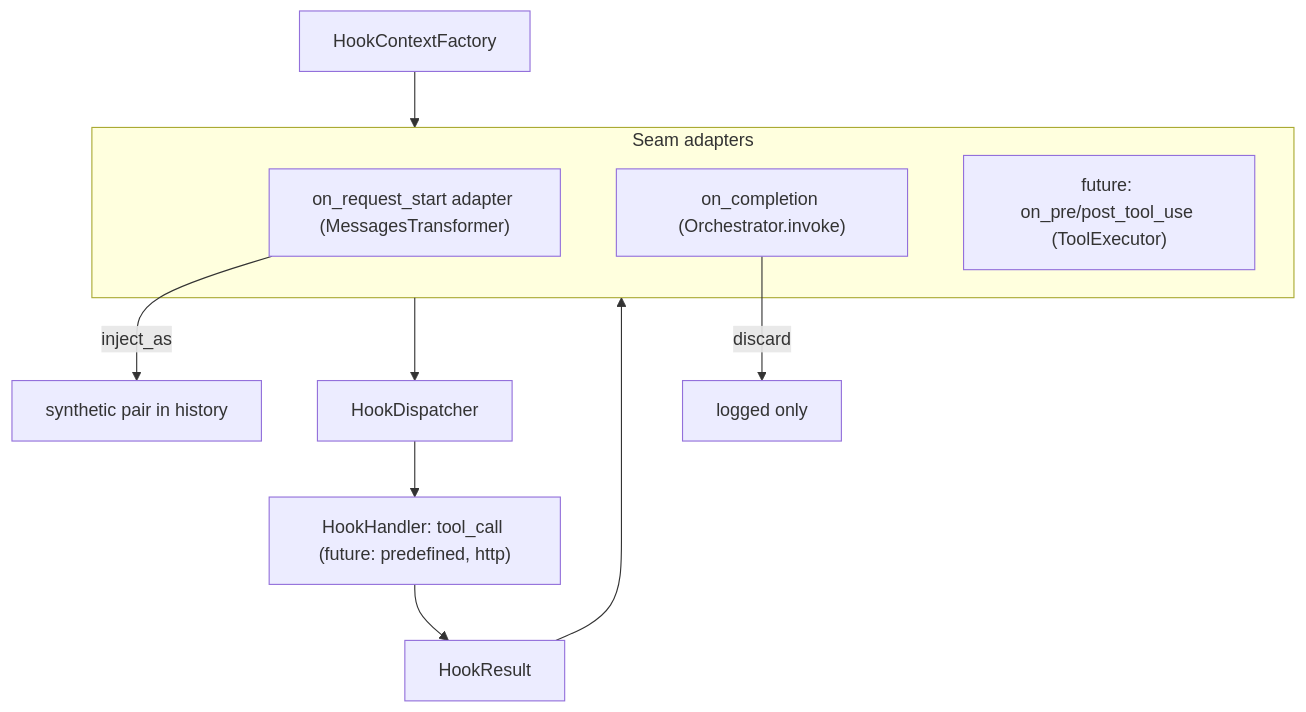
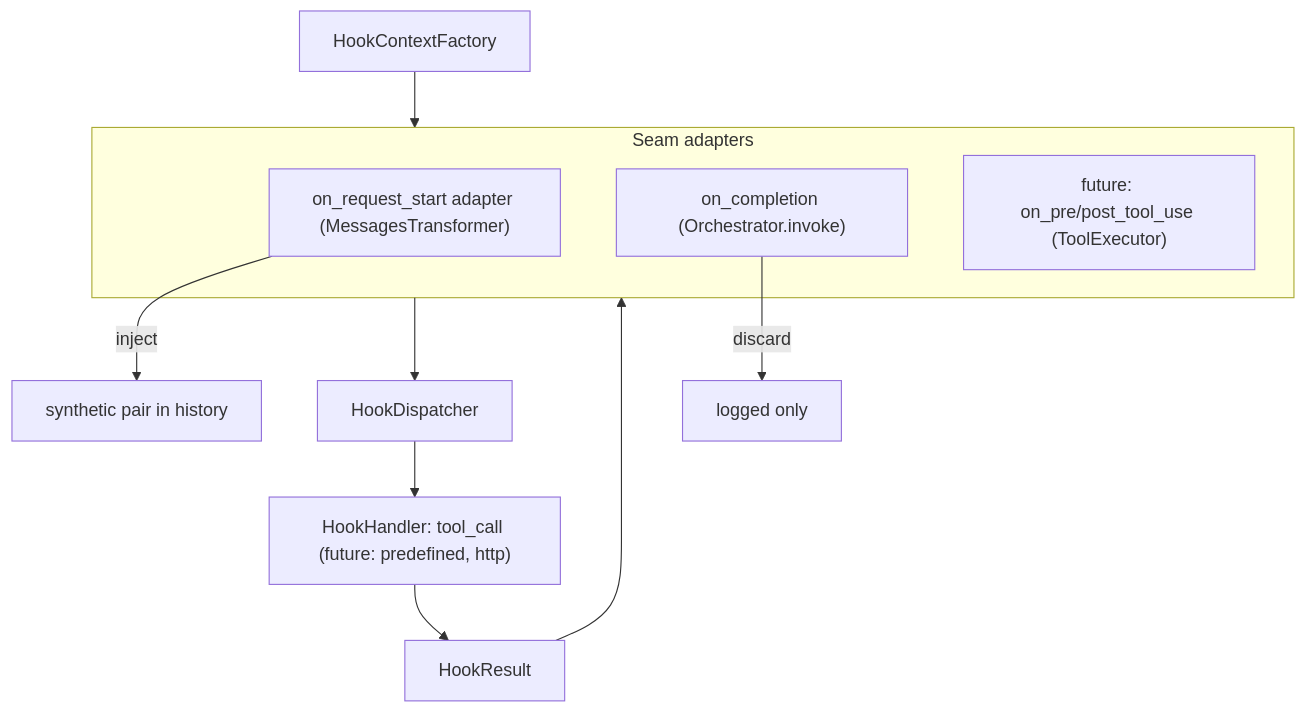
One commit to epam/ai-dial-quickapps-backend changed the diagram in docs/designs/hook_context_and_lifecycle_events.md. Above: the diagram before and after it, drawn with Mermaid. The commit also changed other lines of this file, not shown here.

````diff
--- a/docs/designs/hook_context_and_lifecycle_events.md
+++ b/docs/designs/hook_context_and_lifecycle_events.md
@@ -92,15 +121,15 @@
 ```mermaid
 flowchart TD
     subgraph seams [Seam adapters]
         reqStart["on_request_start adapter (MessagesTransformer)"]
         completion["on_completion (Orchestrator.invoke)"]
         toolSeam["future: on_pre/post_tool_use (ToolExecutor)"]
     end
     factory["HookContextFactory"] --> seams
     seams --> dispatcher["HookDispatcher"]
     dispatcher --> handlers["HookHandler: tool_call (future: predefined, http)"]
     handlers --> result["HookResult"]
     result --> seams
-    reqStart -->|"inject_as"| history["synthetic pair in history"]
+    reqStart -->|inject| history["synthetic pair in history"]
     completion -->|discard| logOnly["logged only"]
 ```
````
